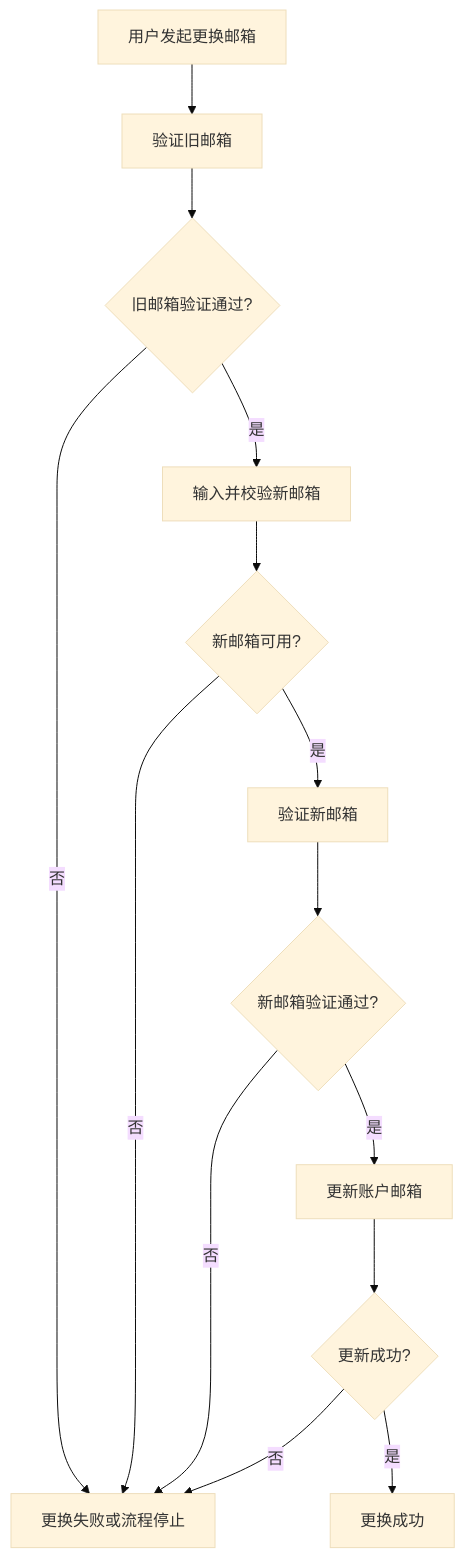
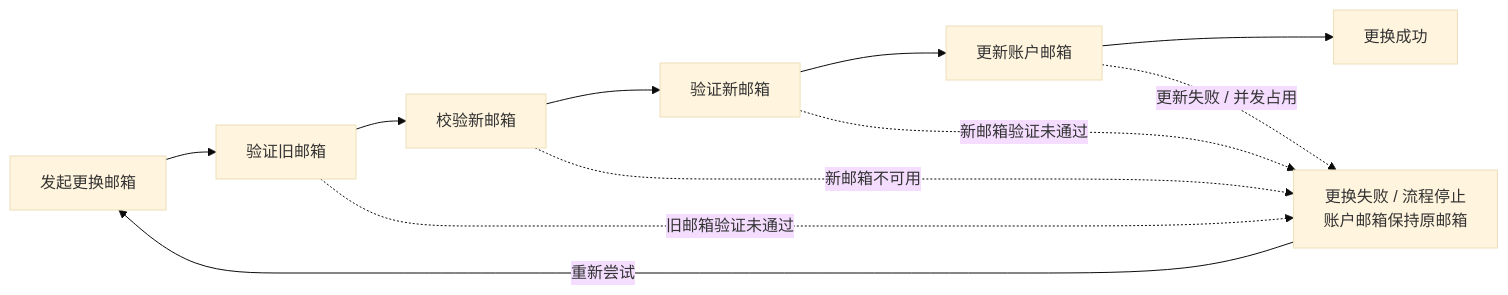
Before and after one commit to kelvin381539960-cyber/prd-for-ai: the first of 4 diagrams in requirements/2026-05/account/change-email-business-flow.md, drawn with Mermaid (base theme). The commit also changed other lines of this file, not shown here.

Commit message:
Improve business flow overview layout

````diff
--- a/requirements/2026-05/account/change-email-business-flow.md
+++ b/requirements/2026-05/account/change-email-business-flow.md
@@ -73,28 +73,18 @@
 ```mermaid
-flowchart TD
-  A[用户发起更换邮箱]
+flowchart LR
+  A[发起更换邮箱]
   B[验证旧邮箱]
-  C{旧邮箱验证通过?}
-  D[输入并校验新邮箱]
-  E{新邮箱可用?}
-  F[验证新邮箱]
-  G{新邮箱验证通过?}
-  H[更新账户邮箱]
-  I{更新成功?}
-  J[更换成功]
-  K[更换失败或流程停止]
+  C[校验新邮箱]
+  D[验证新邮箱]
+  E[更新账户邮箱]
+  F[更换成功]
+  X[更换失败 / 流程停止<br/>账户邮箱保持原邮箱]
 
-  A --> B
-  B --> C
-  C -->|否| K
-  C -->|是| D
-  D --> E
-  E -->|否| K
-  E -->|是| F
-  F --> G
-  G -->|否| K
-  G -->|是| H
-  H --> I
-  I -->|是| J
-  I -->|否| K
+  A --> B --> C --> D --> E --> F
+
+  B -.旧邮箱验证未通过.-> X
+  C -.新邮箱不可用.-> X
+  D -.新邮箱验证未通过.-> X
+  E -.更新失败 / 并发占用.-> X
+  X -->|重新尝试| A
 ```
````
